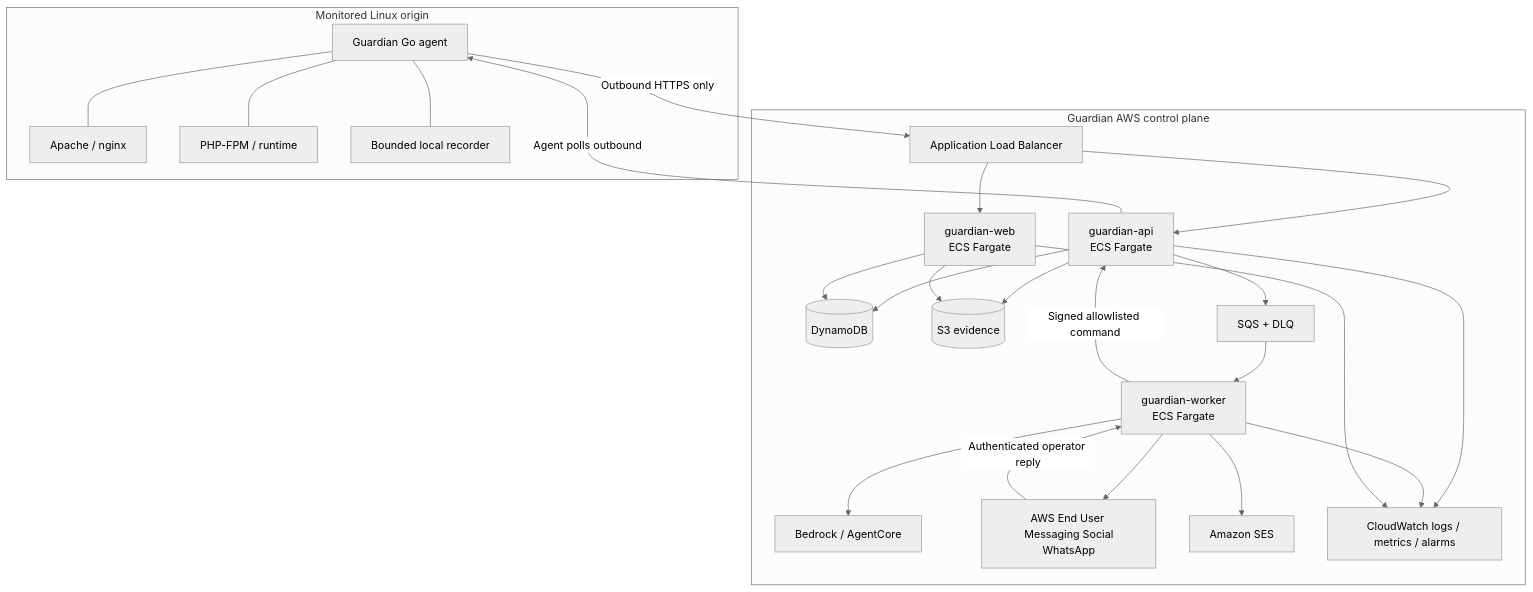
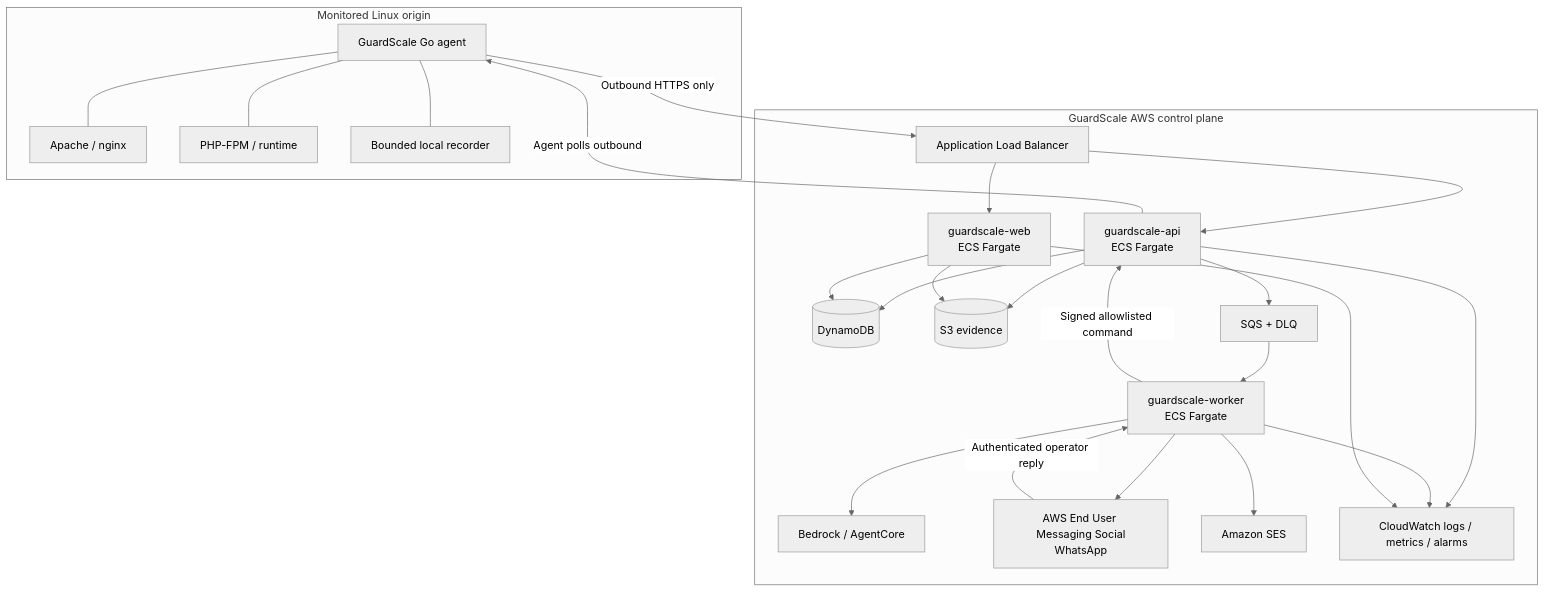
One commit to techcto/guardscale changed the diagram in docs/architecture-diagram.mmd. Above: the diagram before and after it, drawn with Mermaid (neutral theme). The commit also changed 72 other files, not shown here.

Commit message:
Rebrand project as GuardScale

```diff
--- a/docs/architecture-diagram.mmd
+++ b/docs/architecture-diagram.mmd
@@ -1,31 +1,31 @@
 flowchart TB
   subgraph Origin[Monitored Linux origin]
-    Agent[Guardian Go agent]
+    Agent[GuardScale Go agent]
     WebServer[Apache / nginx]
     Runtime[PHP-FPM / runtime]
     Recorder[Bounded local recorder]
     Agent --- WebServer
     Agent --- Runtime
     Agent --- Recorder
   end
   Agent -->|Outbound HTTPS only| ALB[Application Load Balancer]
-  subgraph AWS[Guardian AWS control plane]
-    ALB --> Web[guardian-web\nECS Fargate]
-    ALB --> API[guardian-api\nECS Fargate]
+  subgraph AWS[GuardScale AWS control plane]
+    ALB --> Web[guardscale-web\nECS Fargate]
+    ALB --> API[guardscale-api\nECS Fargate]
     API --> DDB[(DynamoDB)]
     API --> S3[(S3 evidence)]
     API --> Queue[SQS + DLQ]
-    Queue --> Worker[guardian-worker\nECS Fargate]
+    Queue --> Worker[guardscale-worker\nECS Fargate]
     Worker --> Bedrock[Bedrock / AgentCore]
     Worker --> WhatsApp[AWS End User Messaging Social\nWhatsApp]
     Worker --> SES[Amazon SES]
     Web --> DDB
     Web --> S3
     Logs[CloudWatch logs / metrics / alarms]
     API --> Logs
     Worker --> Logs
     Web --> Logs
   end
   WhatsApp -->|Authenticated operator reply| Worker
   Worker -->|Signed allowlisted command| API
   API -->|Agent polls outbound| Agent
```
